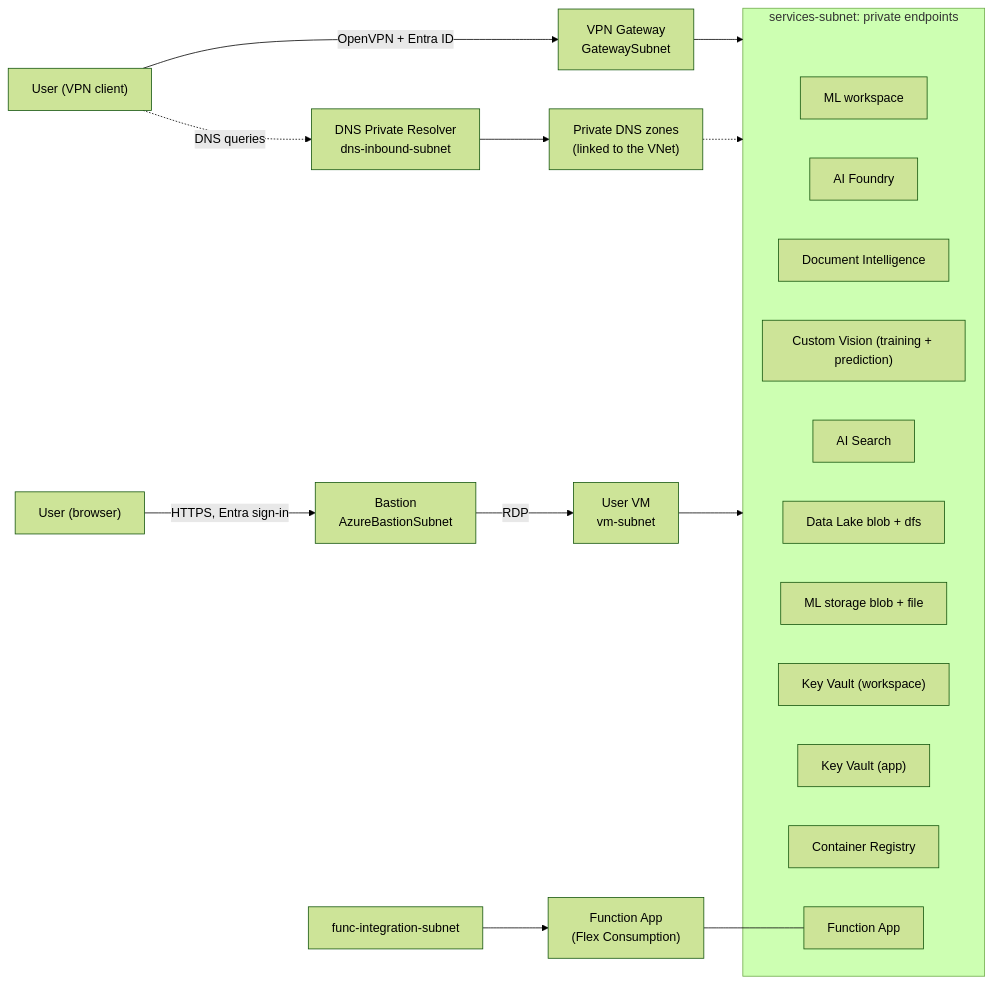
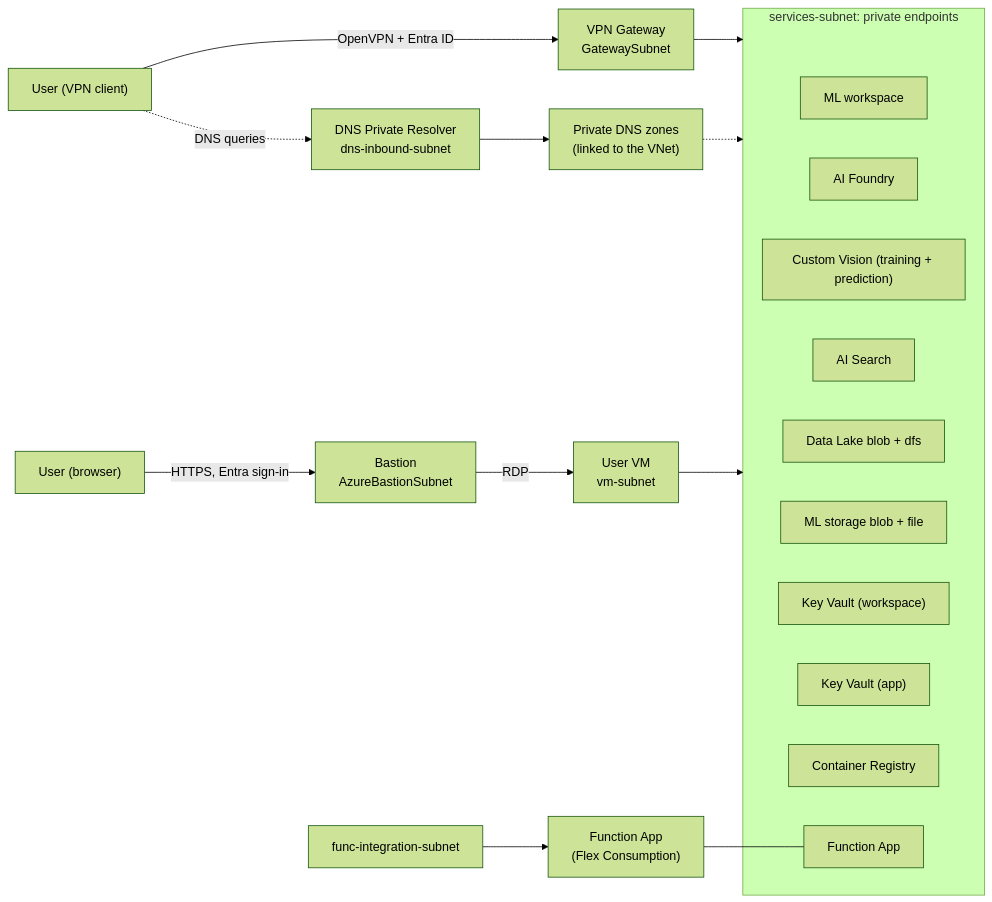
The diagram in docs/architecture.md (henrysrtaylor/azure-secure-ml-env), drawn with Mermaid (forest theme) before and after one commit. The commit also changed other lines of this file and 9 other files, not shown here.

First line of the commit message:
feat: add service-to-service connections, drop Document Intelligence account

````diff
--- a/docs/architecture.md
+++ b/docs/architecture.md
@@ -9,30 +9,29 @@
 ```mermaid
 flowchart LR
     User["User (VPN client)"] -->|"OpenVPN + Entra ID"| GW["VPN Gateway<br/>GatewaySubnet"]
     User -.->|"DNS queries"| Resolver["DNS Private Resolver<br/>dns-inbound-subnet"]
     Resolver --> Zones["Private DNS zones<br/>(linked to the VNet)"]
 
     subgraph PE["services-subnet: private endpoints"]
         peAml["ML workspace"]
         peAis["AI Foundry"]
-        peDoc["Document Intelligence"]
         peCv["Custom Vision (training + prediction)"]
         peSearch["AI Search"]
         peLake["Data Lake blob + dfs"]
         peMlSt["ML storage blob + file"]
         peKv["Key Vault (workspace)"]
         peKvApp["Key Vault (app)"]
         peAcr["Container Registry"]
         peFn["Function App"]
     end
 
     GW --> PE
     Zones -.-> PE
 
     Browser["User (browser)"] -->|"HTTPS, Entra sign-in"| Bas["Bastion<br/>AzureBastionSubnet"]
     Bas -->|"RDP"| Vm["User VM<br/>vm-subnet"]
     Vm --> PE
 
     FnSubnet["func-integration-subnet"] --> Fn["Function App<br/>(Flex Consumption)"]
     Fn --- peFn
 ```
````
